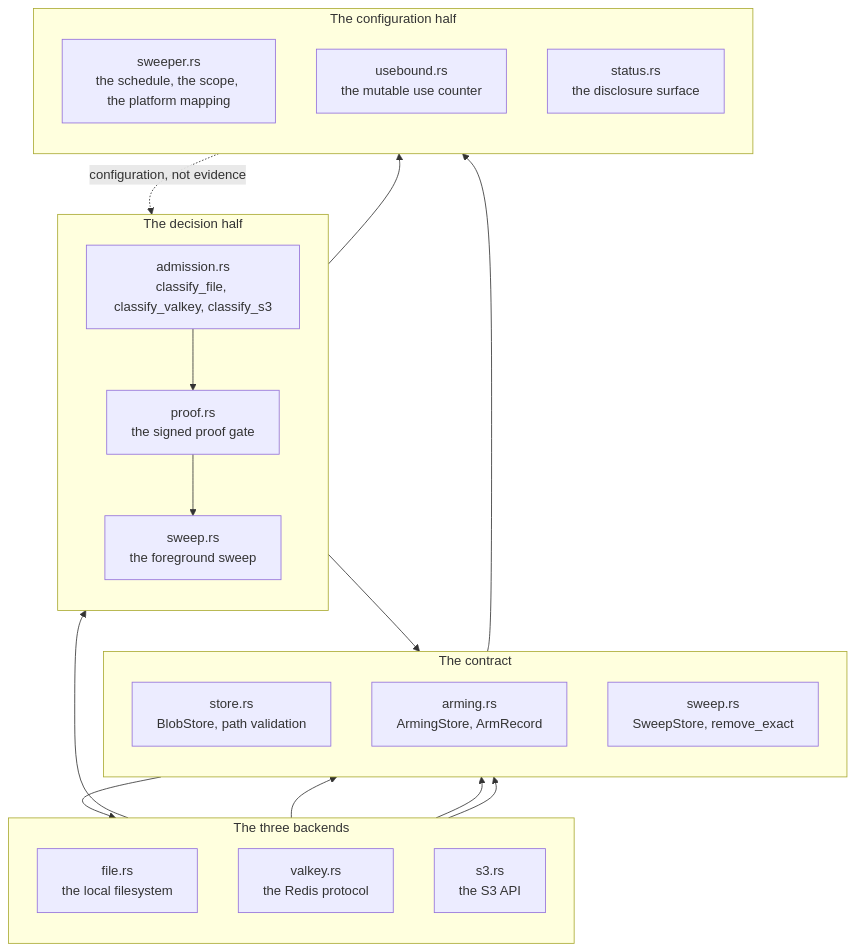
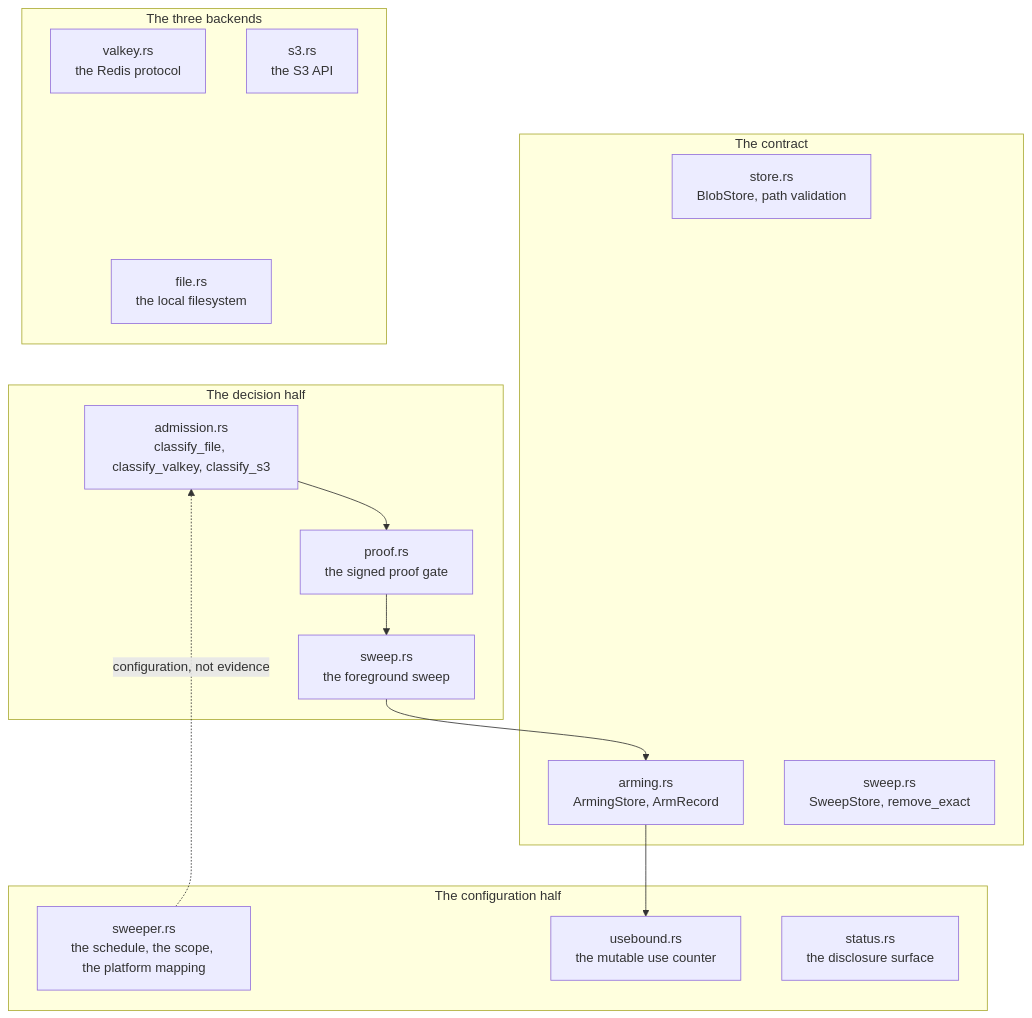
The first of 7 diagrams in site/docs/components/ksp-backend.md (bruj0/keyspout), drawn with Mermaid before and after one commit. The commit also changed 20 other files, not shown here.

First line of the commit message:
feat(site): pan and zoom the diagrams, and stack them by measurement

````diff
--- a/site/docs/components/ksp-backend.md
+++ b/site/docs/components/ksp-backend.md
@@ -31,42 +31,38 @@
 ```mermaid
 graph TB
   subgraph Contract["The contract"]
-      direction TB
     STORE["store.rs<br/>BlobStore, path validation"]
     ARMSTORE["arming.rs<br/>ArmingStore, ArmRecord"]
     SWSTORE["sweep.rs<br/>SweepStore, remove_exact"]
   end
 
   subgraph Backends["The three backends"]
-      direction TB
     FILE["file.rs<br/>the local filesystem"]
     VALKEY["valkey.rs<br/>the Redis protocol"]
     S3["s3.rs<br/>the S3 API"]
   end
 
   subgraph Decision["The decision half"]
-      direction TB
     ADMIT["admission.rs<br/>classify_file, classify_valkey, classify_s3"]
     PROOF["proof.rs<br/>the signed proof gate"]
     SWEEP["sweep.rs<br/>the foreground sweep"]
   end
 
   subgraph Configuration["The configuration half"]
-      direction TB
     SWEEPER["sweeper.rs<br/>the schedule, the scope, the platform mapping"]
     USES["usebound.rs<br/>the mutable use counter"]
     STATUS["status.rs<br/>the disclosure surface"]
   end
 
-  FILE --> Contract
-  VALKEY --> Contract
-  S3 --> Contract
+  FILE ~~~ Contract
+  VALKEY ~~~ Contract
+  S3 ~~~ Contract
   ADMIT --> PROOF
   PROOF --> SWEEP
   SWEEP --> ARMSTORE
   ARMSTORE --> USES
   SWEEPER -.->|"configuration, not evidence"| ADMIT
-  Contract --> Backends
-  Backends --> Decision
-  Decision --> Configuration
+  Contract ~~~ Backends
+  Backends ~~~ Decision
+  Decision ~~~ Configuration
 ```
````
